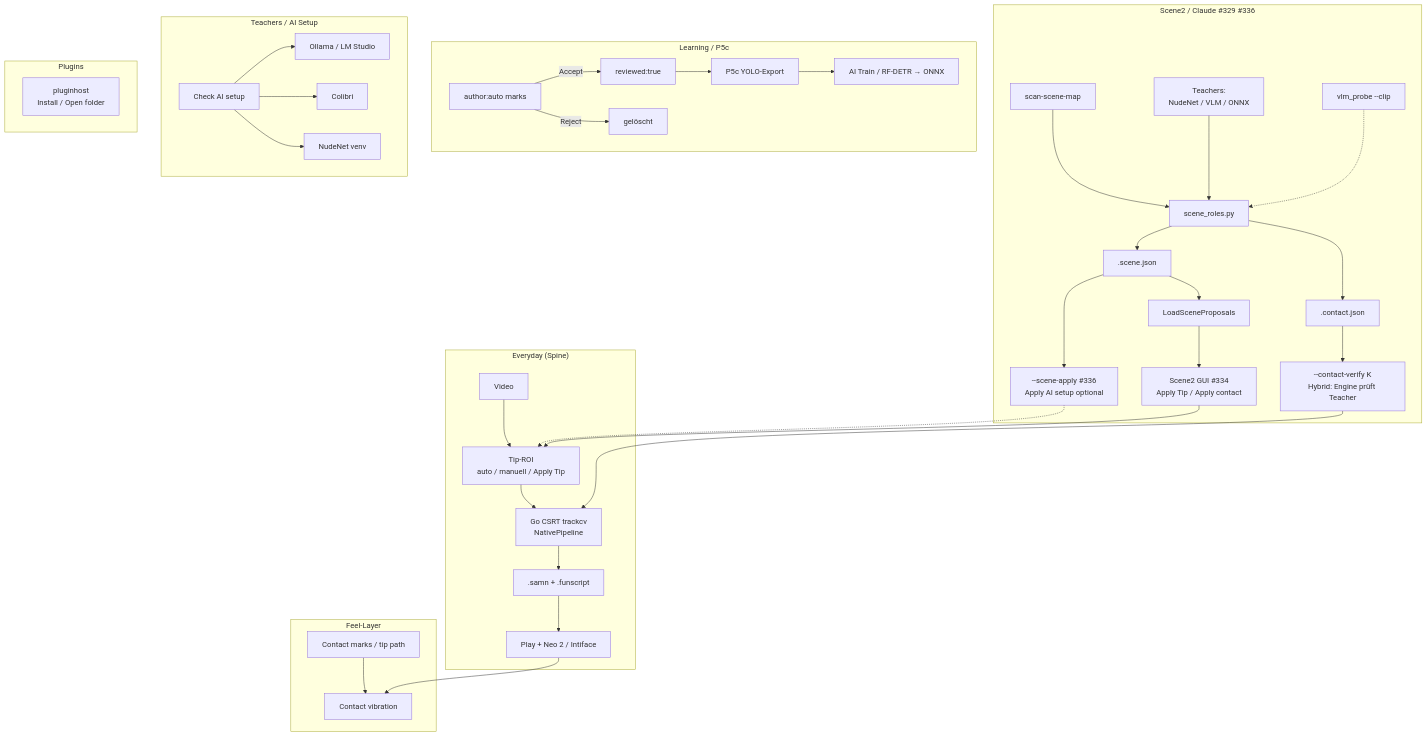
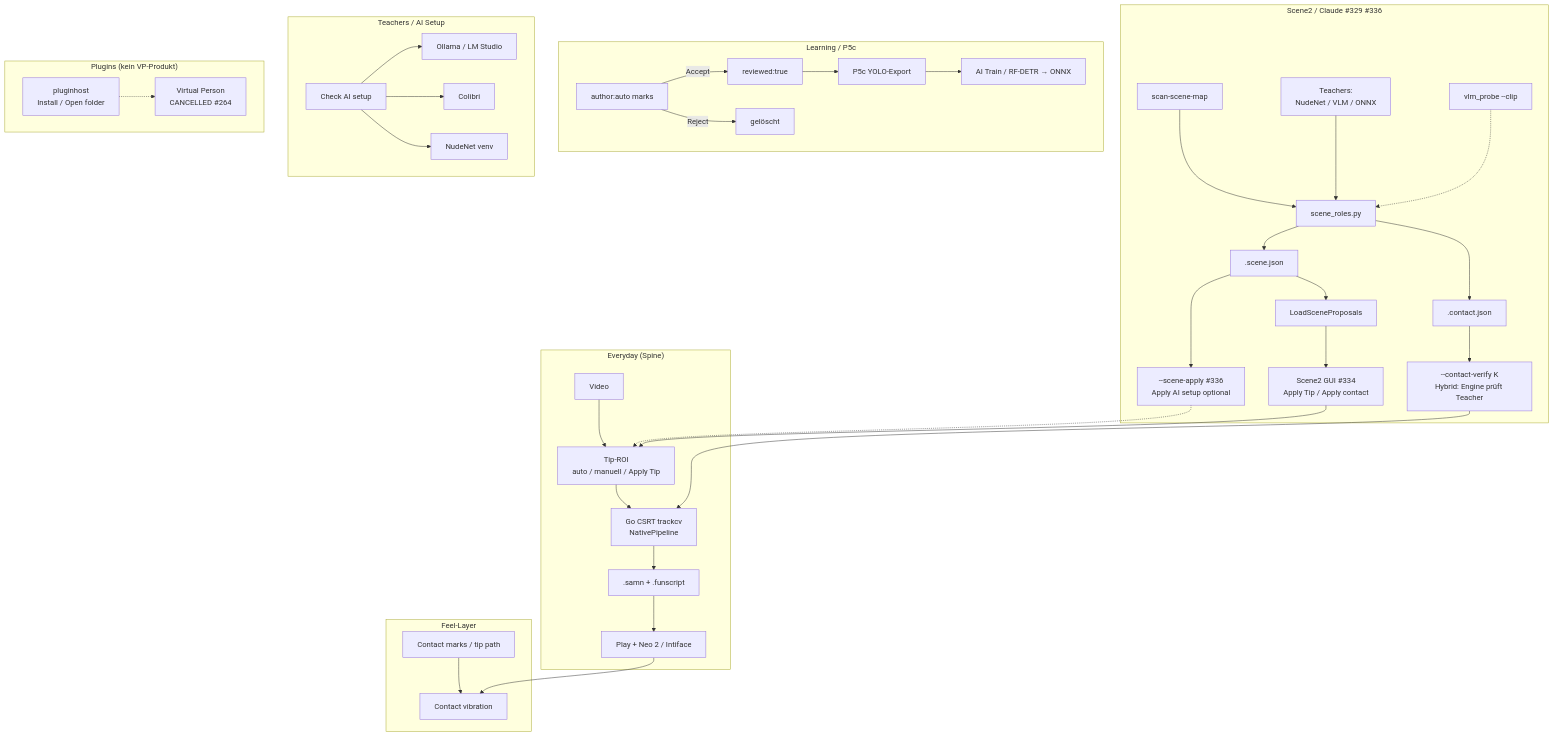
The diagram in docs/owner/zusammenhang-und-testen.md (funfunpayer/SamNPlayer), drawn with Mermaid before and after one commit. The commit also changed other lines of this file and 27 other files, not shown here.

````diff
--- a/docs/owner/zusammenhang-und-testen.md
+++ b/docs/owner/zusammenhang-und-testen.md
@@ -27,46 +27,46 @@
 ```mermaid
 flowchart TB
   subgraph Everyday["Everyday (Spine)"]
     V[Video] --> ROI[Tip-ROI<br/>auto / manuell / Apply Tip]
     ROI --> GO[Go CSRT trackcv<br/>NativePipeline]
     GO --> SAMN[.samn + .funscript]
     SAMN --> PLAY[Play + Neo 2 / Intiface]
   end
 
   subgraph Feel["Feel-Layer"]
     CM[Contact marks / tip path] --> VIB[Contact vibration]
     PLAY --> VIB
   end
 
   subgraph Scene2["Scene2 / Claude #329 #336"]
     SCAN[scan-scene-map] --> ROLES[scene_roles.py]
     TEACH[Teachers:<br/>NudeNet / VLM / ONNX] --> ROLES
     VLM[vlm_probe --clip] -.-> ROLES
     ROLES --> SJ[".scene.json"]
     ROLES --> CJ[".contact.json"]
     SJ --> LSP[LoadSceneProposals]
     LSP --> GUI[Scene2 GUI #334<br/>Apply Tip / Apply contact]
     SJ --> APPLY["--scene-apply #336<br/>Apply AI setup optional"]
     CJ --> VERIFY["--contact-verify K<br/>Hybrid: Engine prüft Teacher"]
     VERIFY --> GO
     APPLY -.-> ROI
     GUI --> ROI
   end
 
   subgraph Learn["Learning / P5c"]
     AUTO[author:auto marks] -->|Accept| REV[reviewed:true]
     AUTO -->|Reject| DEL[gelöscht]
     REV --> YOLO[P5c YOLO-Export]
     YOLO --> TRAIN[AI Train / RF-DETR → ONNX]
   end
 
   subgraph AISetup["Teachers / AI Setup"]
     CHK[Check AI setup] --> OLL[Ollama / LM Studio]
     CHK --> COL[Colibri]
     CHK --> NUD[NudeNet venv]
   end
 
-  subgraph Plugins["Plugins"]
-    PH[pluginhost<br/>Install / Open folder]
+  subgraph Plugins["Plugins (kein VP-Produkt)"]
+    PH[pluginhost<br/>Install / Open folder] -.-> VP[Virtual Person<br/>CANCELLED #264]
   end
 ```
````
